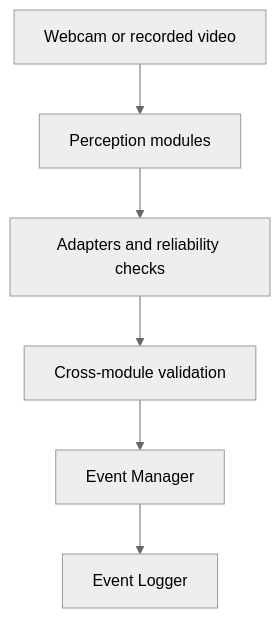
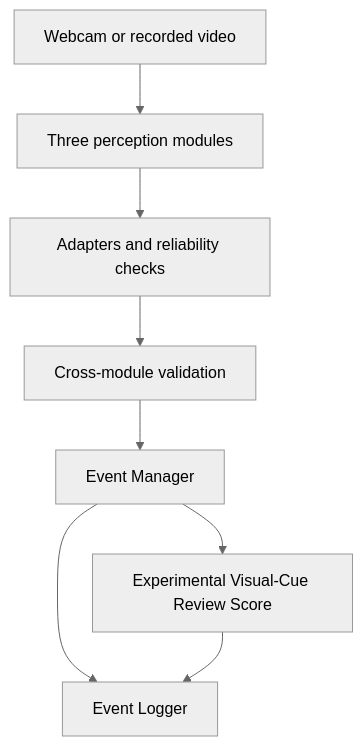
Before and after one commit to weiliemabubakar12345/online-assessment-supervision: the diagram in computer_vision/README.md, drawn with Mermaid (neutral theme). The commit also changed other lines of this file and 9 other files, not shown here.

````diff
--- a/computer_vision/README.md
+++ b/computer_vision/README.md
@@ -26,8 +28,10 @@
 ```mermaid
 flowchart TD
-    A["Webcam or recorded video"] --> B["Perception modules"]
+    A["Webcam or recorded video"] --> B["Three perception modules"]
     B --> C["Adapters and reliability checks"]
     C --> D["Cross-module validation"]
     D --> E["Event Manager"]
     E --> F["Event Logger"]
+    E --> G["Experimental Visual-Cue Review Score"]
+    G --> F
 ```
````
